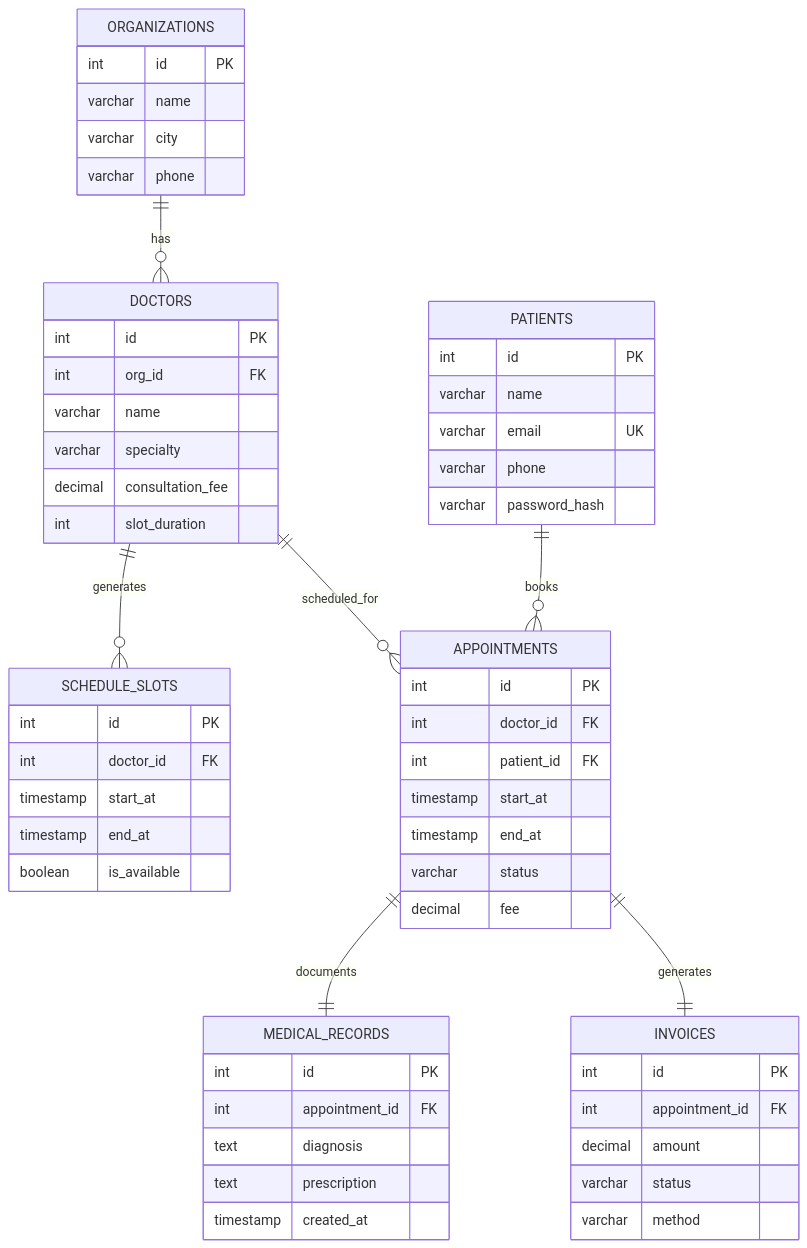
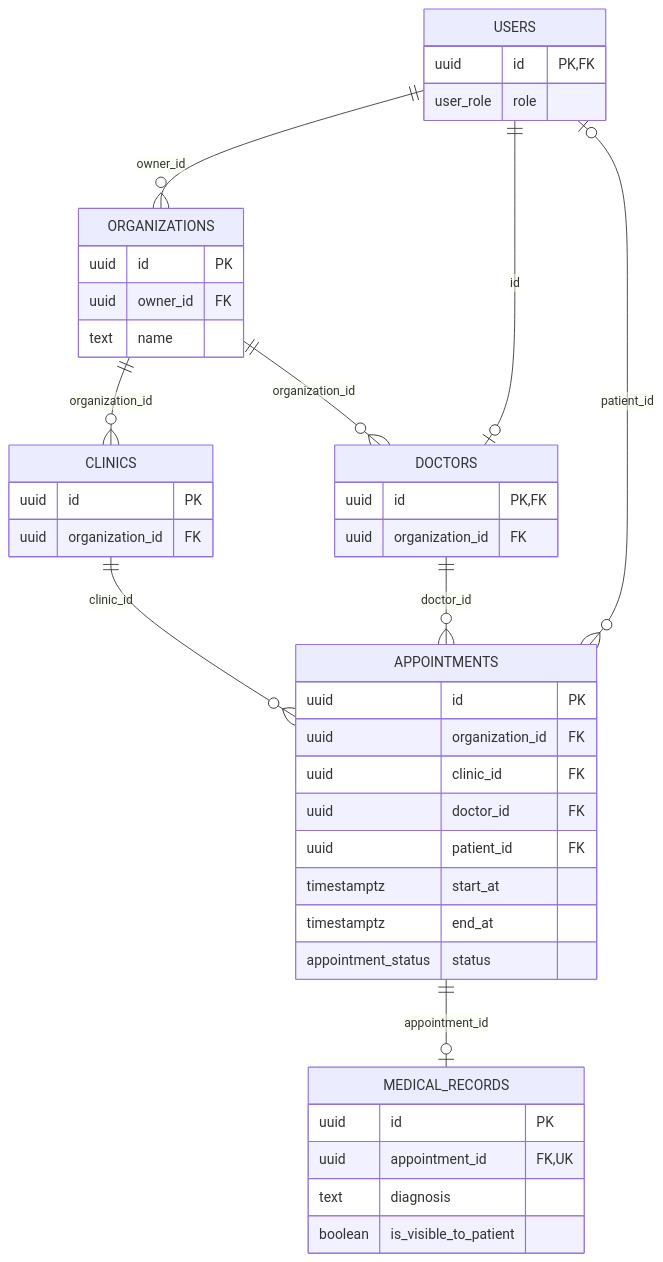
One commit to amrolela100-sketch/clinicbook changed the third of 5 diagrams in docs/ACADEMIC_REPORT.md. Above: the diagram before and after it, drawn with Mermaid. The commit also changed other lines of this file and 12 other files, not shown here.

````diff
--- a/docs/ACADEMIC_REPORT.md
+++ b/docs/ACADEMIC_REPORT.md
@@ -333,67 +323,45 @@
 ```mermaid
 erDiagram
-    ORGANIZATIONS ||--o{ DOCTORS : "has"
-    DOCTORS ||--o{ SCHEDULE_SLOTS : "generates"
-    DOCTORS ||--o{ APPOINTMENTS : "scheduled_for"
-    PATIENTS ||--o{ APPOINTMENTS : "books"
-    APPOINTMENTS ||--|| MEDICAL_RECORDS : "documents"
-    APPOINTMENTS ||--|| INVOICES : "generates"
+    USERS ||--o{ ORGANIZATIONS : owner_id
+    USERS ||--o| DOCTORS : id
+    ORGANIZATIONS ||--o{ CLINICS : organization_id
+    ORGANIZATIONS ||--o{ DOCTORS : organization_id
+    CLINICS ||--o{ APPOINTMENTS : clinic_id
+    DOCTORS ||--o{ APPOINTMENTS : doctor_id
+    USERS |o--o{ APPOINTMENTS : patient_id
+    APPOINTMENTS ||--o| MEDICAL_RECORDS : appointment_id
 
+    USERS {
+        uuid id PK,FK
+        user_role role
+    }
     ORGANIZATIONS {
-        int id PK
-        varchar name
-        varchar city
-        varchar phone
+        uuid id PK
+        uuid owner_id FK
+        text name
     }
-
+    CLINICS {
+        uuid id PK
+        uuid organization_id FK
+    }
     DOCTORS {
-        int id PK
-        int org_id FK
-        varchar name
-        varchar specialty
-        decimal consultation_fee
-        int slot_duration
+        uuid id PK,FK
+        uuid organization_id FK
     }
-
-    SCHEDULE_SLOTS {
-        int id PK
-        int doctor_id FK
-        timestamp start_at
-        timestamp end_at
-        boolean is_available
+    APPOINTMENTS {
+        uuid id PK
+        uuid organization_id FK
+        uuid clinic_id FK
+        uuid doctor_id FK
+        uuid patient_id FK
+        timestamptz start_at
+        timestamptz end_at
+        appointment_status status
     }
-
-    PATIENTS {
-        int id PK
-        varchar name
-        varchar email UK
-        varchar phone
-        varchar password_hash
-    }
-
-    APPOINTMENTS {
-        int id PK
-        int doctor_id FK
-        int patient_id FK
-        timestamp start_at
-        timestamp end_at
-        varchar status
-        decimal fee
-    }
-
     MEDICAL_RECORDS {
-        int id PK
-        int appointment_id FK
+        uuid id PK
+        uuid appointment_id FK,UK
         text diagnosis
-        text prescription
-        timestamp created_at
-    }
-
-    INVOICES {
-        int id PK
-        int appointment_id FK
-        decimal amount
-        varchar status
-        varchar method
+        boolean is_visible_to_patient
     }
 ```
````
